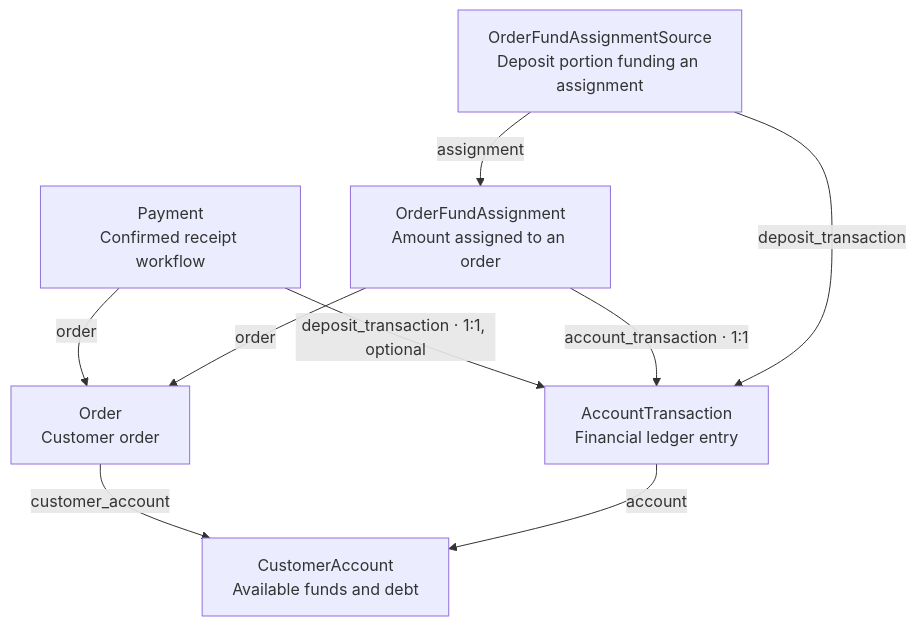
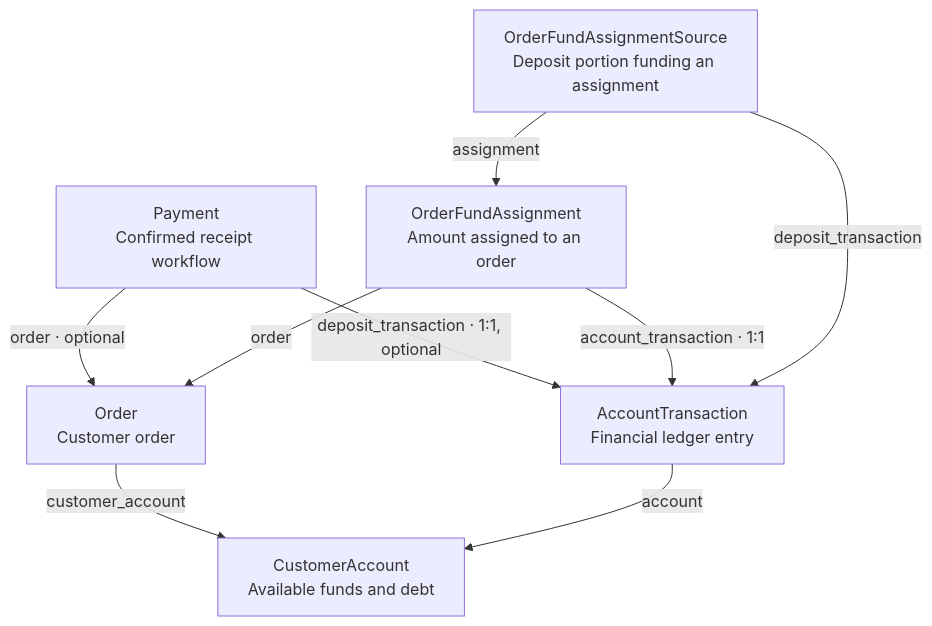
Before and after one commit to asmpc/Shop_ePower: the first of 4 diagrams in docs/README.en.md, drawn with Mermaid. The commit also changed other lines of this file and 21 other files, not shown here.

````diff
--- a/docs/README.en.md
+++ b/docs/README.en.md
@@ -333,18 +333,18 @@
 ```mermaid
 flowchart TB
     P["Payment<br/>Confirmed receipt workflow"]
     O["Order<br/>Customer order"]
     A["OrderFundAssignment<br/>Amount assigned to an order"]
     S["OrderFundAssignmentSource<br/>Deposit portion funding an assignment"]
     T["AccountTransaction<br/>Financial ledger entry"]
     C["CustomerAccount<br/>Available funds and debt"]
 
-    P -->|"order"| O
+    P -->|"order · optional"| O
     P -->|"deposit_transaction · 1:1, optional"| T
     A -->|"order"| O
     A -->|"account_transaction · 1:1"| T
     S -->|"assignment"| A
     S -->|"deposit_transaction"| T
     O -->|"customer_account"| C
     T -->|"account"| C
 ```
````
